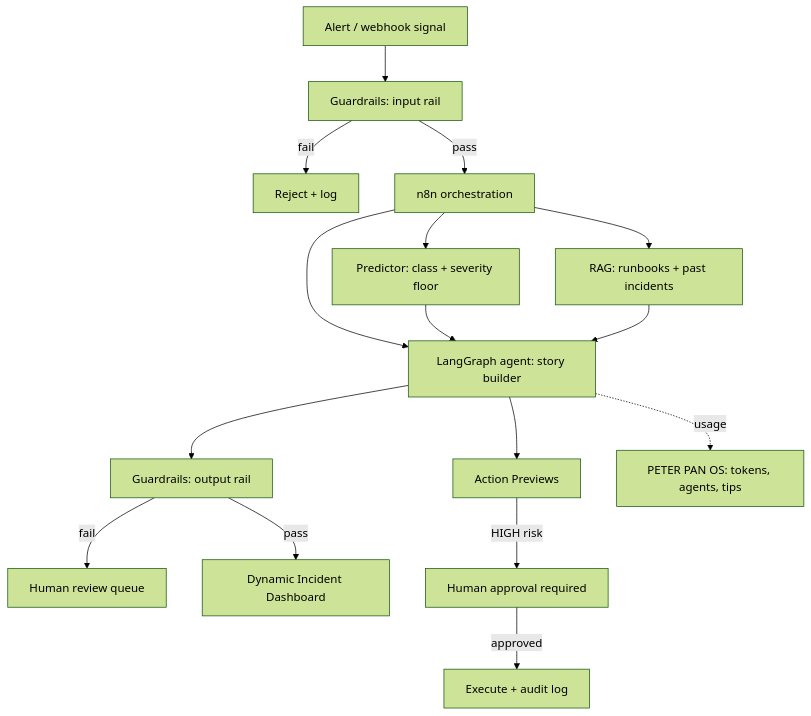
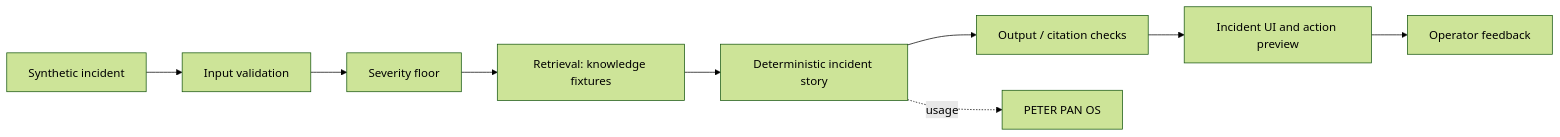
One commit to reem-mor/peter-pan changed the first of 2 diagrams in docs/ARCHITECTURE.md. Above: the diagram before and after it, drawn with Mermaid (forest theme). The commit also changed other lines of this file, not shown here.

Commit message:
docs: separate local implementation and target architecture

````diff
--- a/docs/ARCHITECTURE.md
+++ b/docs/ARCHITECTURE.md
@@ -5,18 +7,11 @@
 ```mermaid
-graph TD
-  A[Alert / webhook signal] --> B[Guardrails: input rail]
-  B -->|fail| R[Reject + log]
-  B -->|pass| C[n8n orchestration]
-  C --> D[Predictor: class + severity floor]
-  C --> E[RAG: runbooks + past incidents]
-  C --> F[LangGraph agent: story builder]
-  D --> F
-  E --> F
-  F --> G[Guardrails: output rail]
-  G -->|fail| H[Human review queue]
-  G -->|pass| I[Dynamic Incident Dashboard]
-  F --> J[Action Previews]
-  J -->|HIGH risk| K[Human approval required]
-  K -->|approved| L[Execute + audit log]
-  F -.usage.-> M[PETER PAN OS: tokens, agents, tips]
+flowchart LR
+  A[Synthetic incident] --> B[Input validation]
+  B --> C[Severity floor]
+  C --> D[Retrieval: knowledge fixtures]
+  D --> E[Deterministic incident story]
+  E --> F[Output / citation checks]
+  F --> G[Incident UI and action preview]
+  G --> H[Operator feedback]
+  E -. usage .-> I[PETER PAN OS]
 ```
````
